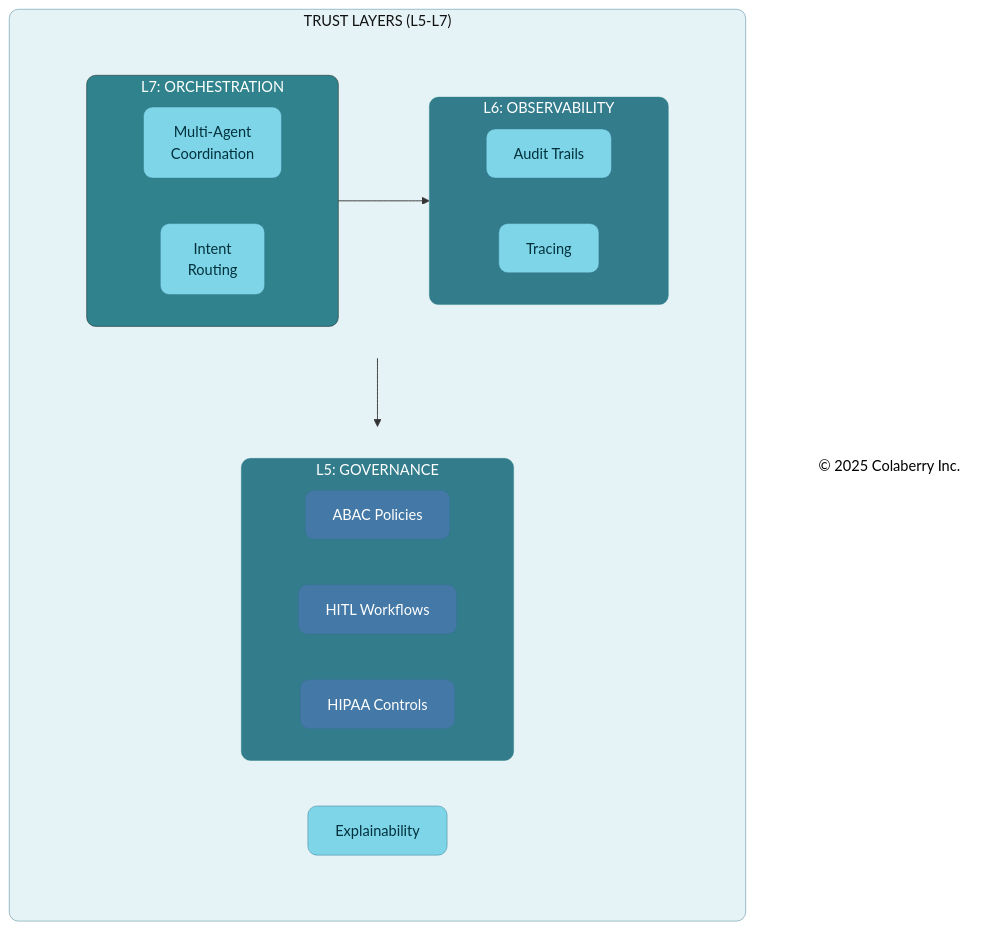
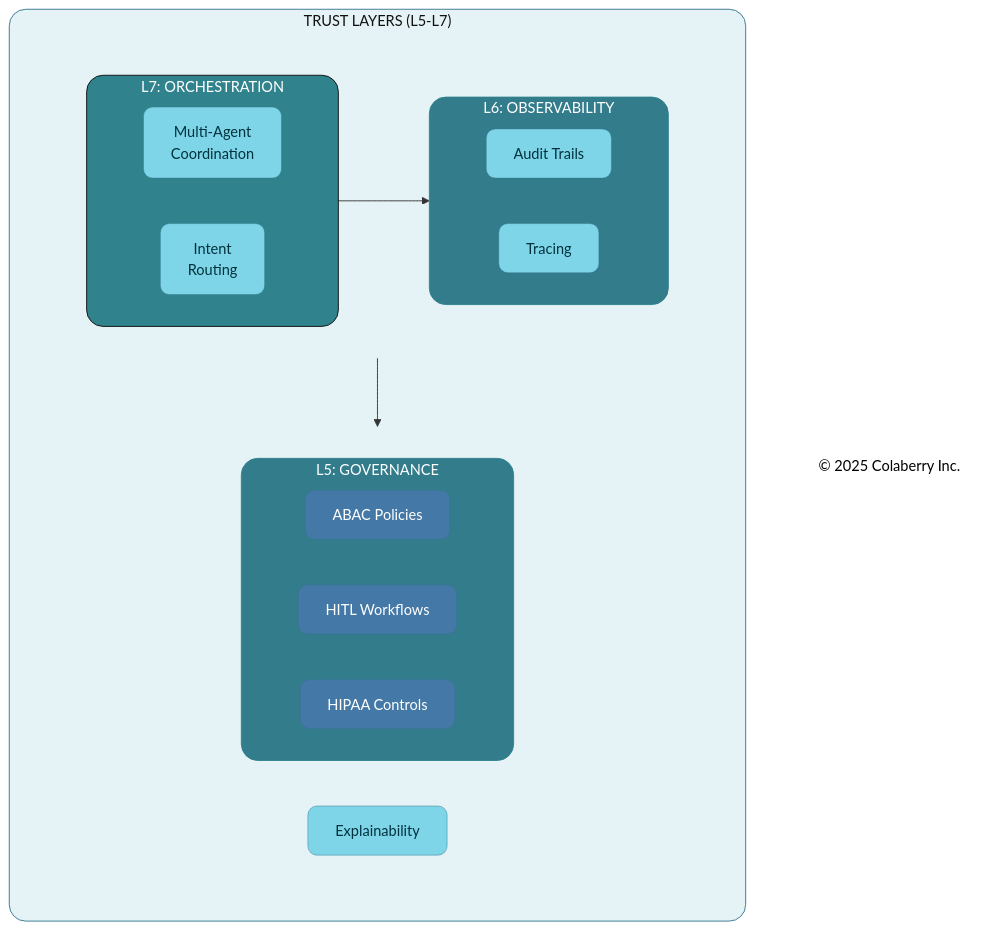
Before and after one commit to saitejesh-cyber/trust-before-intelligence-book: the sixth of 7 diagrams in manuscript/11_chapter_10_week_by_week_implementation.md, drawn with Mermaid. The commit also changed other lines of this file and 12 other files, not shown here.

````diff
--- a/manuscript/11_chapter_10_week_by_week_implementation.md
+++ b/manuscript/11_chapter_10_week_by_week_implementation.md
@@ -1150,52 +1150,52 @@
 ```mermaid
 
 graph TB
     subgraph TRUST["TRUST LAYERS (L5-L7)"]
         direction TB
         subgraph ROW1[" "]
             direction LR
             subgraph ORCH["L7: ORCHESTRATION"]
                 O1["Multi-Agent<br/>Coordination"]
                 O2["Intent<br/>Routing"]
             end
             
             subgraph OBS["L6: OBSERVABILITY"]
                 B1["Audit Trails"]
                 B2["Tracing"]
             end
         end
         
         subgraph ROW2[" "]
             direction LR
             subgraph GOV["L5: GOVERNANCE"]
                 G1["ABAC Policies"]
                 G2["HITL Workflows"]
                 G3["HIPAA Controls"]
             end
             
             B3["Explainability"]
         end
     end
     
     Copyright["© 2025 Colaberry Inc."]
     
     ORCH --> OBS
     ROW1 --> ROW2
     
-    style TRUST fill:#E6F3F6,stroke:#32738C,stroke-width:0.5px,color:#121212,rx:10,ry:10
+    style TRUST fill:#E6F3F6,stroke:#32738C,stroke-width:1px,color:#121212,rx:18,ry:18
     style ROW1 fill:none,stroke:none,color:#121212,rx:10,ry:10
     style ROW2 fill:none,stroke:none,color:#121212,rx:10,ry:10
-    style ORCH fill:#30838C,stroke:#0D0D0D,stroke-width:0.5px,color:#ffffff,rx:10,ry:10
-    style OBS fill:#327C8C,stroke:#30838C,stroke-width:0.5px,color:#ffffff,rx:10,ry:10
-    style GOV fill:#327C8C,stroke:#30838C,stroke-width:0.5px,color:#ffffff,rx:10,ry:10
+    style ORCH fill:#30838C,stroke:#0D0D0D,stroke-width:1px,color:#ffffff,rx:18,ry:18
+    style OBS fill:#327C8C,stroke:#30838C,stroke-width:1px,color:#ffffff,rx:18,ry:18
+    style GOV fill:#327C8C,stroke:#30838C,stroke-width:1px,color:#ffffff,rx:18,ry:18
     style O1 fill:#7FD5E8,stroke:#32738C,stroke-width:0.5px,color:#00323D,rx:10,ry:10
     style O2 fill:#7FD5E8,stroke:#32738C,stroke-width:0.5px,color:#00323D,rx:10,ry:10
     style B1 fill:#7FD5E8,stroke:#32738C,stroke-width:0.5px,color:#00323D,rx:10,ry:10
     style B2 fill:#7FD5E8,stroke:#32738C,stroke-width:0.5px,color:#00323D,rx:10,ry:10
     style B3 fill:#7FD5E8,stroke:#32738C,stroke-width:0.5px,color:#00323D,rx:10,ry:10
     style G1 fill:#4478A6,stroke:#32738C,stroke-width:0.5px,color:#ffffff,rx:10,ry:10
     style G2 fill:#4478A6,stroke:#32738C,stroke-width:0.5px,color:#ffffff,rx:10,ry:10
     style G3 fill:#4478A6,stroke:#32738C,stroke-width:0.5px,color:#ffffff,rx:10,ry:10
     style Copyright fill:none,stroke:none,color:#000000
 
 ```
````
